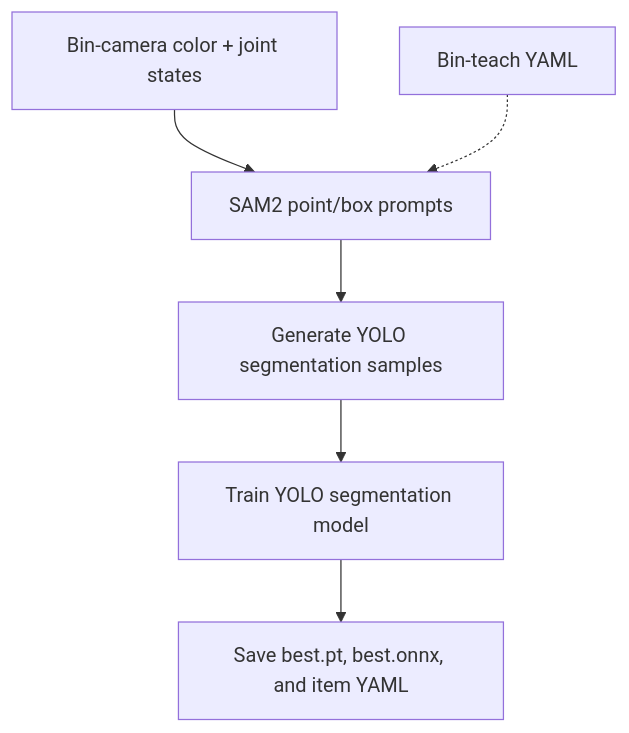
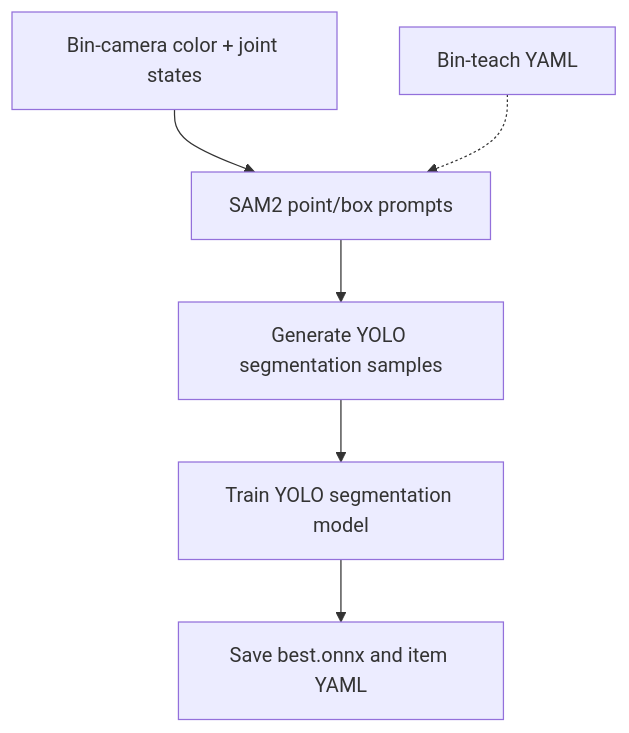
Before and after one commit to esgange/carenpnp: the tenth of 20 diagrams in NODE_LOGIC_CHARTS.md, drawn with Mermaid. The commit also changed other lines of this file and 43 other files, not shown here.

````diff
--- a/NODE_LOGIC_CHARTS.md
+++ b/NODE_LOGIC_CHARTS.md
@@ -302,13 +302,13 @@
 ```mermaid
 flowchart TD
     Camera["Bin-camera color + joint states"]
     BinProfile["Bin-teach YAML"]
     Prompt["SAM2 point/box prompts"]
     Samples["Generate YOLO segmentation samples"]
     Train["Train YOLO segmentation model"]
-    Export["Save best.pt, best.onnx, and item YAML"]
+    Export["Save best.onnx and item YAML"]
 
     Camera --> Prompt
     BinProfile -.-> Prompt
     Prompt --> Samples --> Train --> Export
 ```
````
